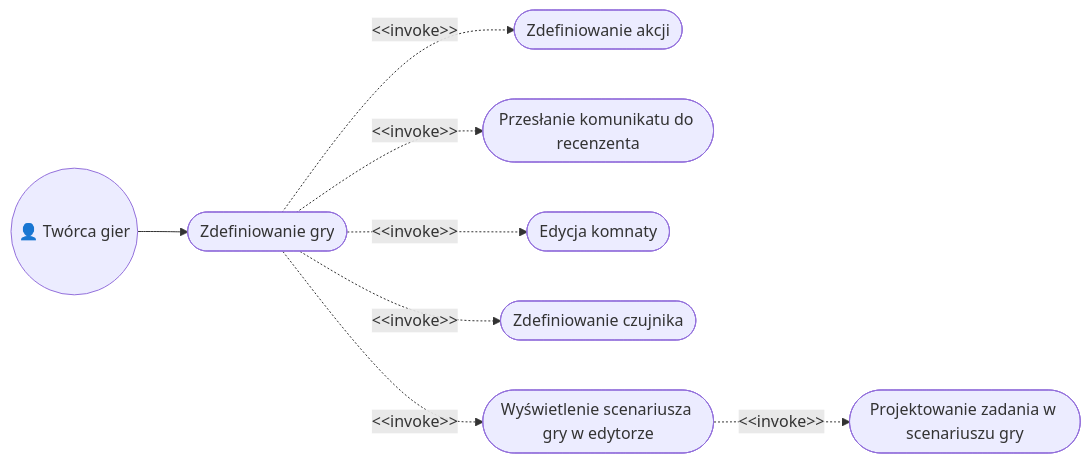
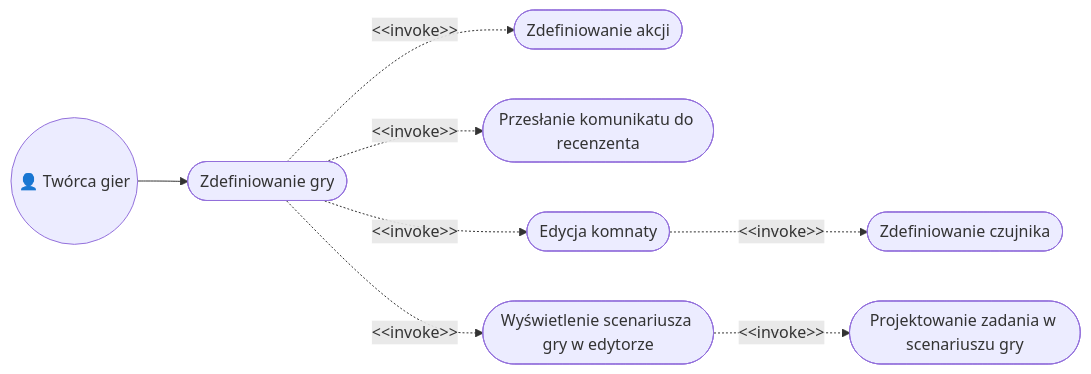
Before and after one commit to lzajka/project_iwo: diagram 18 of 19 in README.md, drawn with Mermaid. The commit also changed other lines of this file and 1 other file, not shown here.

````diff
--- a/README.md
+++ b/README.md
@@ -1987,26 +1987,26 @@
 ```mermaid
 flowchart LR
 
 %% ===== AKTORZY =====
 TG(("👤 Twórca gier"))
 
 
 %% ===== FUNKCJE TWORCY =====
 GDF(["Zdefiniowanie gry"])
 ADF(["Zdefiniowanie akcji"])
 SCR(["Przesłanie komunikatu do recenzenta"])
 KED(["Edycja komnaty"])
 SEDF(["Zdefiniowanie czujnika"])
 DGSCE(["Wyświetlenie scenariusza gry w edytorze"])
 TPGS(["Projektowanie zadania w scenariuszu gry"])
 
 
 %% ===== RELACJE =====
 TG --> GDF
 GDF -. "&lt;&lt;invoke&gt;&gt;" .-> ADF
 GDF -. "&lt;&lt;invoke&gt;&gt;" .-> SCR
 GDF -. "&lt;&lt;invoke&gt;&gt;" .-> KED
-GDF -. <&ltinvoke>> .-> SEDF
+KED -. <&ltinvoke>> .-> SEDF
 GDF -. "&lt;&lt;invoke&gt;&gt;" .-> DGSCE
 DGSCE -. "&lt;&lt;invoke&gt;&gt;" .-> TPGS
 ```
````
